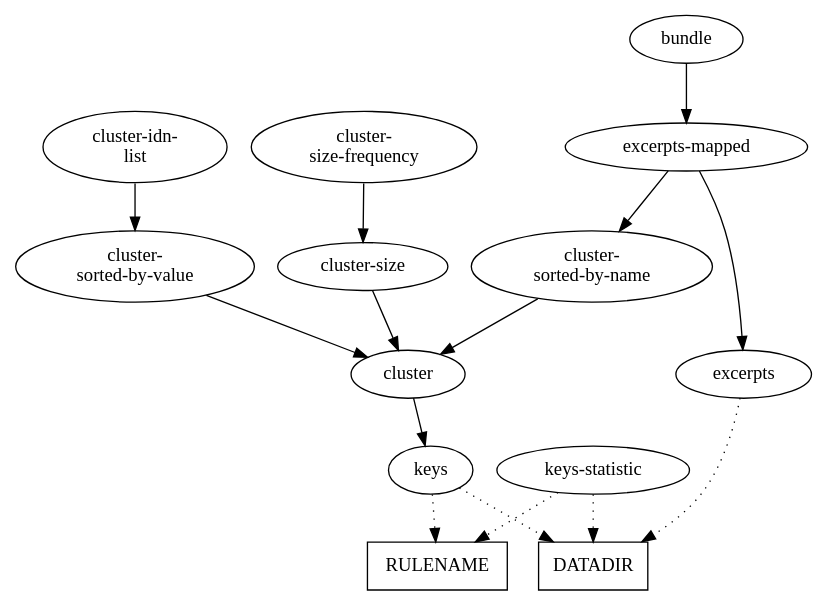
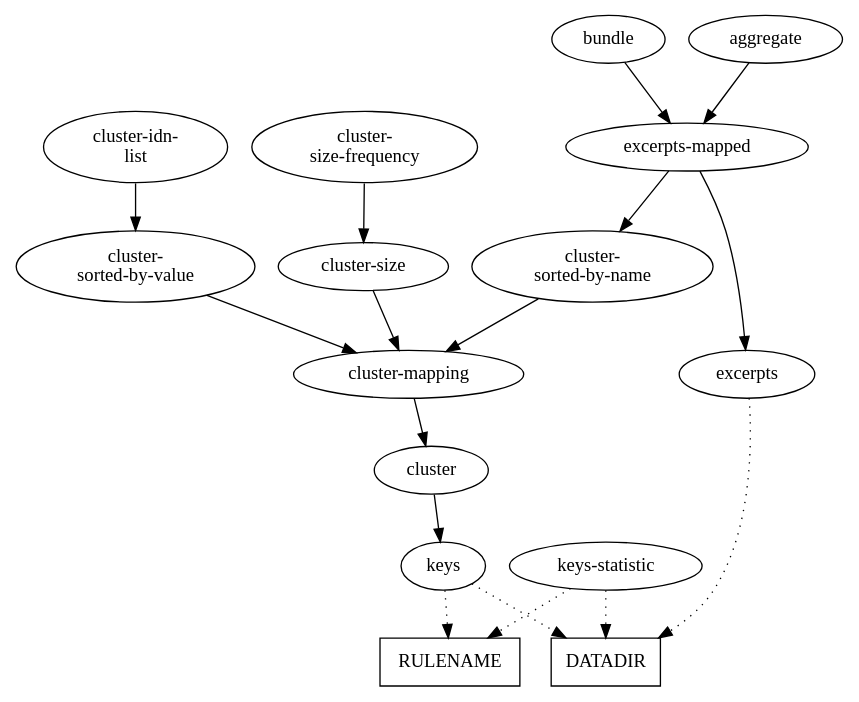
One commit to culturegraph/culturegraph-workflow changed the diagram in workflow-stub/README.md. Above: the diagram before and after it, drawn with Graphviz. The commit also changed other lines of this file and 2 other files, not shown here.

````diff
--- a/workflow-stub/README.md
+++ b/workflow-stub/README.md
@@ -101,38 +101,41 @@
 ```GraphViz
 digraph Makefile {
 
     datadir [
         label = DATADIR
         shape = rect
     ]
     
     rulename [
         label = RULENAME
         shape = rect
     ]
     
     keys_statistic [ label = "keys-statistic" ]
+    cluster_mapping [ label = "cluster-mapping" ]
     cluster_sorted_by_name [ label = "cluster-\nsorted-by-name" ]
     cluster_sorted_by_value [ label = "cluster-\nsorted-by-value" ]
     cluster_idn_list [ label = "cluster-idn-\nlist" ]
     cluster_size [ label = "cluster-size"]
     cluster_size_frequencey [ label = "cluster-\nsize-frequency" ]
     excerpts_mapped [ label = "excerpts-mapped" ]
 
     keys -> datadir [ style = dotted ]
     keys -> rulename [ style = dotted ]
     keys_statistic -> datadir [ style = dotted ]
     keys_statistic -> rulename [ style = dotted ]
 
     cluster -> keys
-    cluster_sorted_by_name -> cluster
-    cluster_sorted_by_value -> cluster
+    cluster_mapping -> cluster
+    cluster_sorted_by_name -> cluster_mapping
+    cluster_sorted_by_value -> cluster_mapping
     cluster_idn_list -> cluster_sorted_by_value
-    cluster_size -> cluster
+    cluster_size -> cluster_mapping
     cluster_size_frequencey -> cluster_size
     
     excerpts -> datadir [ style = dotted ]
     excerpts_mapped -> excerpts, cluster_sorted_by_name
     bundle -> excerpts_mapped
+    aggregate -> excerpts_mapped
 }
 ```
````
